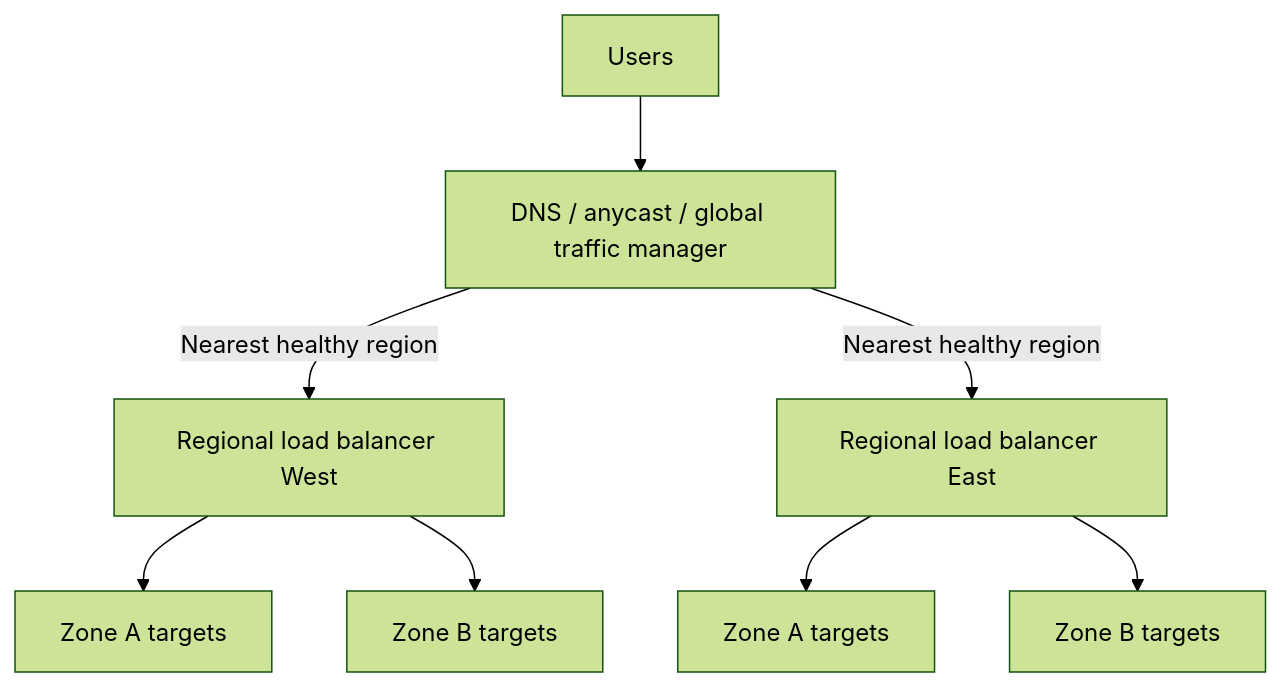
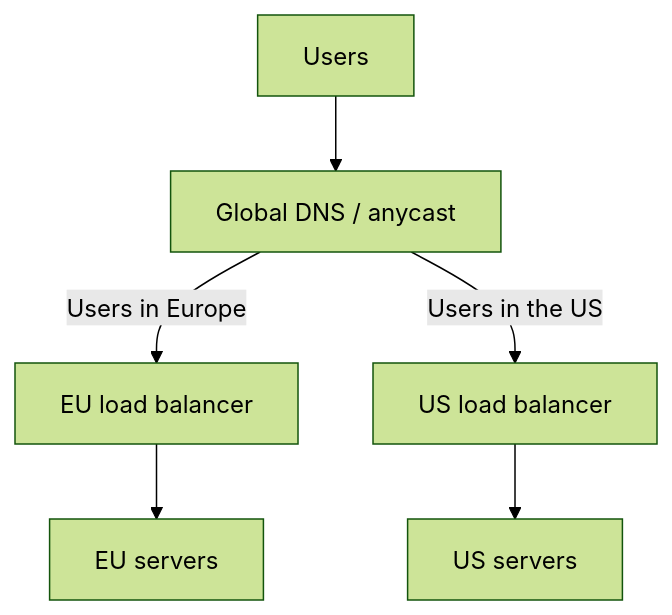
Before and after one commit to alanqi03/sys-design: the second of 2 diagrams in traffic-management/load-balancing.md, drawn with Mermaid (forest theme). The commit also changed other lines of this file and 5 other files, not shown here.

````diff
--- a/traffic-management/load-balancing.md
+++ b/traffic-management/load-balancing.md
@@ -129,10 +93,8 @@
 ```{mermaid}
 flowchart TD
-  users[Users] --> global[DNS / anycast / global traffic manager]
-  global -->|Nearest healthy region| west[Regional load balancer West]
-  global -->|Nearest healthy region| east[Regional load balancer East]
-  west --> w1[Zone A targets]
-  west --> w2[Zone B targets]
-  east --> e1[Zone A targets]
-  east --> e2[Zone B targets]
+  users[Users] --> dns[Global DNS / anycast]
+  dns -->|"Users in Europe"| eu[EU load balancer]
+  dns -->|"Users in the US"| us[US load balancer]
+  eu --> eu1[EU servers]
+  us --> us1[US servers]
 ```
````
